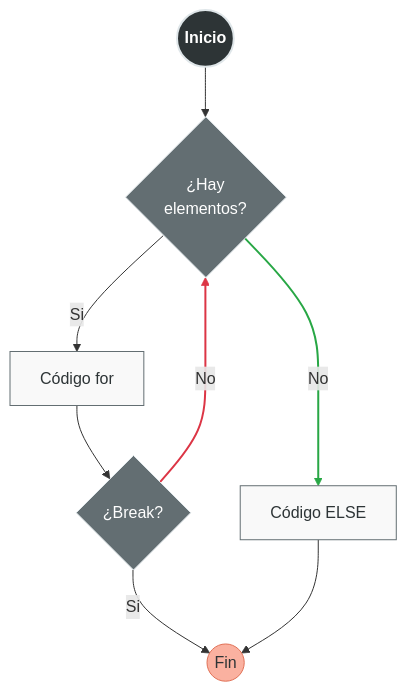
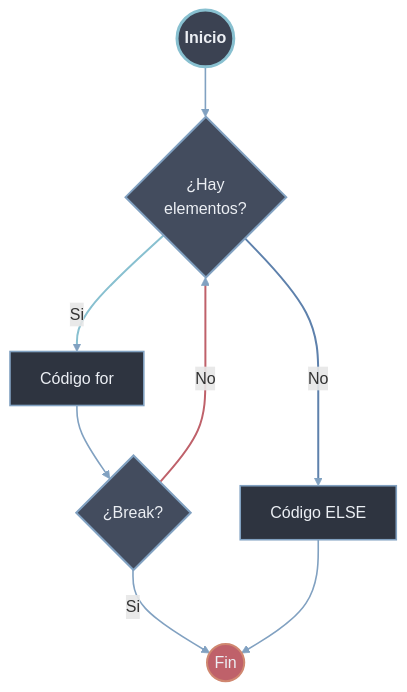
The third of 4 diagrams in 100 Programación Orientada a Procesos/20 Estructuras de Control/02 Bucles.md (Pineapple-Mikael-Engineer/Python_Obsidian), drawn with Mermaid before and after one commit. The commit also changed other lines of this file and 9 other files, not shown here.

Commit message:
fix: Arreglar Graficos Mermaid a Estandar

````diff
--- a/100 Programación Orientada a Procesos/20 Estructuras de Control/02 Bucles.md
+++ b/100 Programación Orientada a Procesos/20 Estructuras de Control/02 Bucles.md
@@ -334,25 +339,24 @@
 ```mermaid
 flowchart TD
-    classDef principal fill:#2d3436,stroke:#dfe6e9,stroke-width:2px,color:#fff,font-weight:bold;
-    classDef categoria fill:#636e72,stroke:#dfe6e9,stroke-width:1px,color:#fff;
-    classDef tipo fill:#f9f9f9,stroke:#636e72,stroke-width:1px,color:#2d3436;
-    classDef especial fill:#fab1a0,stroke:#e17055,stroke-width:1px,color:#2d3436;
+    classDef principal fill:#3b4252,stroke:#88c0d0,stroke-width:3px,color:#eceff4,font-weight:bold;
+    classDef categoria fill:#434c5e,stroke:#81a1c1,stroke-width:2px,color:#eceff4;
+    classDef tipo fill:#2e3440,stroke:#81a1c1,stroke-width:1.6px,color:#eceff4;
+    classDef especial fill:#bf616a,stroke:#d08770,stroke-width:2px,color:#eceff4;
 
     Start((Inicio)):::principal --> GetNext{¿Hay<br/>elementos?}:::categoria
     
     GetNext -- Si --> Body[Código for]:::tipo
     Body --> CheckBreak{¿Break?}:::categoria
     
-    
     CheckBreak -- Si --> End((Fin)):::especial
-    
-    
     CheckBreak -- No --> GetNext
     
-    %% Camino del Else
     GetNext -- No --> ElseBlock[Código ELSE]:::tipo
     ElseBlock --> End
 
-    linkStyle 4 stroke:#dc3545,stroke-width:2px;
-    linkStyle 5 stroke:#28a745,stroke-width:2px;
+    linkStyle default stroke:#81a1c1,stroke-width:1.6px
+    linkStyle 1 stroke:#88c0d0,stroke-width:2px
+    linkStyle 4 stroke:#bf616a,stroke-width:2px
+    linkStyle 5 stroke:#5e81ac,stroke-width:2px
+
 ```
````
